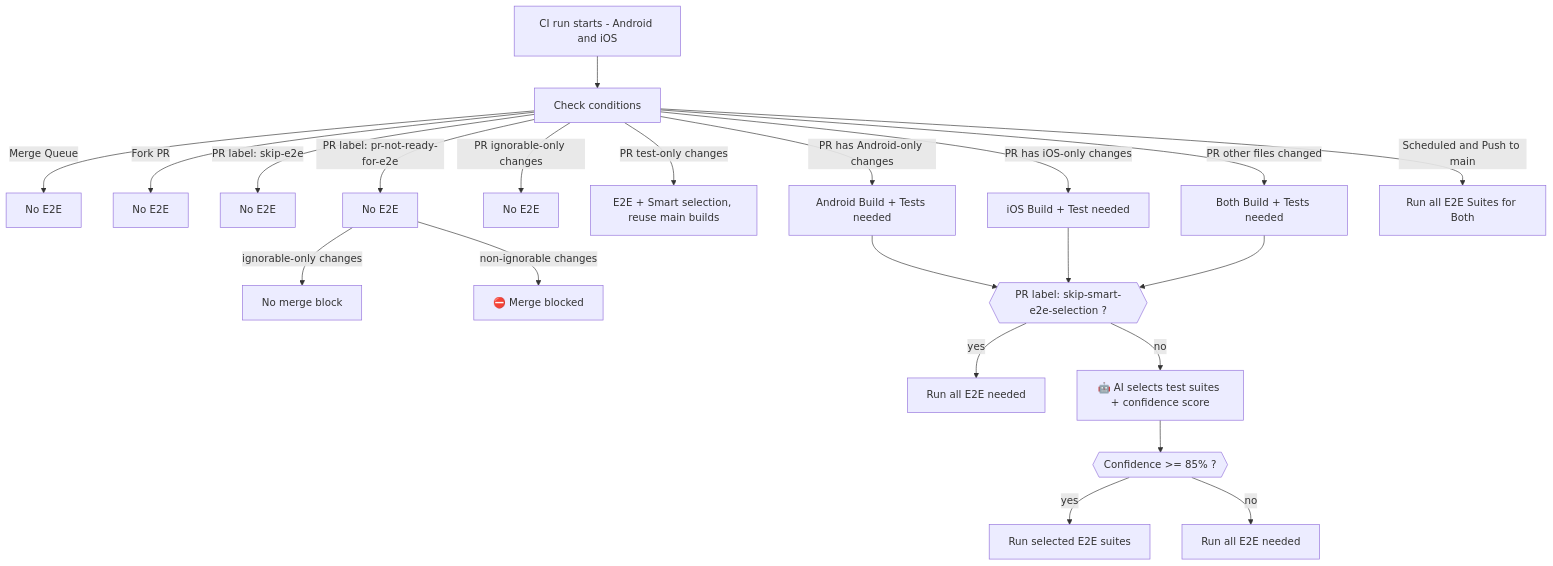
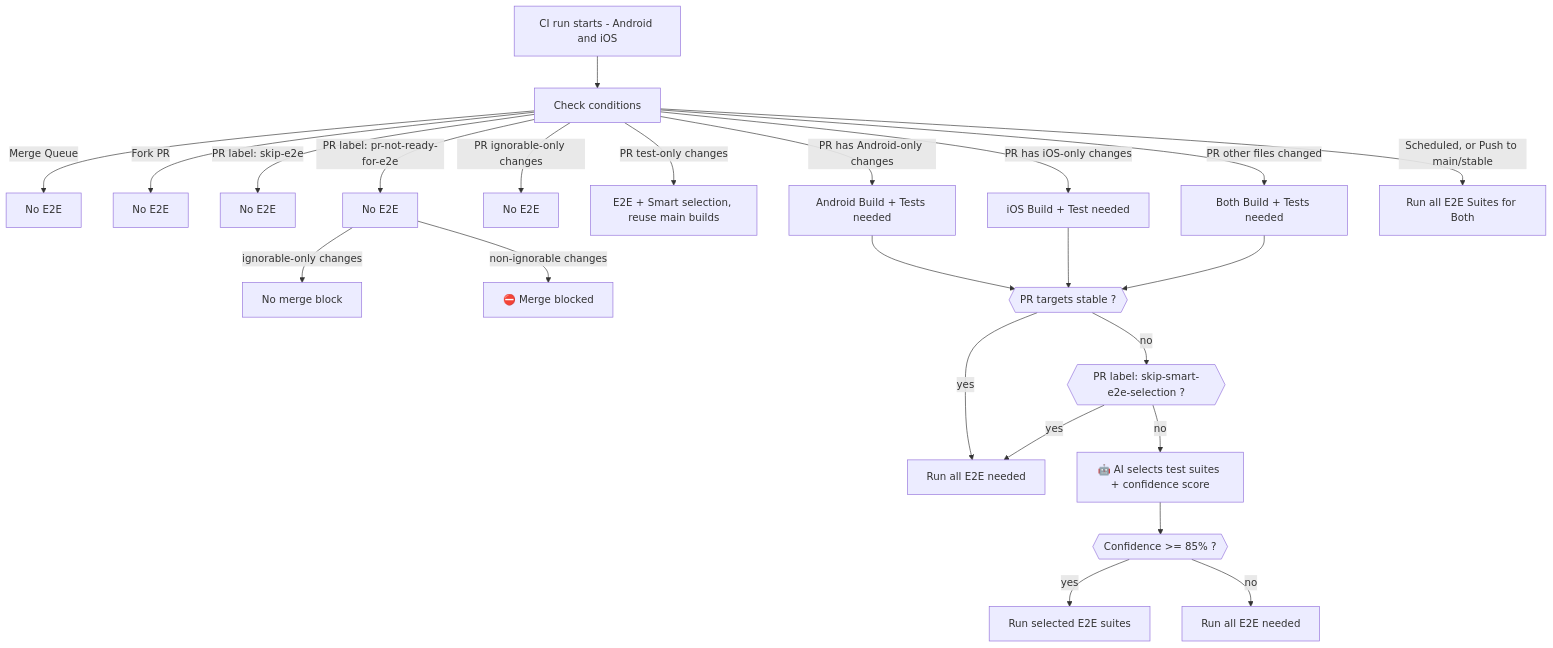
One commit to MetaMask/metamask-mobile changed the diagram in .github/guidelines/E2E_DECISION_TREE.md. Above: the diagram before and after it, drawn with Mermaid. The commit also changed other lines of this file and 9 other files, not shown here.

````diff
--- a/.github/guidelines/E2E_DECISION_TREE.md
+++ b/.github/guidelines/E2E_DECISION_TREE.md
@@ -5,23 +5,25 @@
 ```mermaid
 flowchart TD
     CI[CI run starts - Android and iOS] --> GR[Check conditions]
     GR -->|Merge Queue | MQ[No E2E]
     GR -->|Fork PR| FK[No E2E]
     GR -->|PR label: skip-e2e| HS[No E2E]
     GR -->|PR label: pr-not-ready-for-e2e| L2[No E2E]
     L2 -->|ignorable-only changes| NoBlock[No merge block]
     L2 -->|non-ignorable changes| Skip2[⛔️ Merge blocked]
     GR -->|PR ignorable-only changes| Ignorable[No E2E]
     GR -->|PR test-only changes| TestOnly[E2E + Smart selection, reuse main builds]
     GR -->|PR has Android-only changes| Android[Android Build + Tests needed]
     GR -->|PR has iOS-only changes| iOS[iOS Build + Test needed]
     GR -->|PR other files changed| Both[Both Build + Tests needed]
-    GR -->|Scheduled and Push to main | Full[Run all E2E Suites for Both]
+    GR -->|Scheduled, or Push to main/stable | Full[Run all E2E Suites for Both]
 
-    Android & iOS & Both --> LABEL{{PR label: skip-smart-e2e-selection ?}}
-    LABEL -->|yes| AllTags[Run all E2E needed]
+    Android & iOS & Both --> STABLE{{PR targets stable ?}}
+    STABLE -->|yes| AllTags[Run all E2E needed]
+    STABLE -->|no| LABEL{{PR label: skip-smart-e2e-selection ?}}
+    LABEL -->|yes| AllTags
     LABEL -->|no| AI[🤖 AI selects test suites + confidence score]
     AI --> CONF{{Confidence >= 85% ?}}
     CONF -->|yes| SelectedTags[Run selected E2E suites]
     CONF -->|no| AllTagsFallback[Run all E2E needed]
 ```
````
